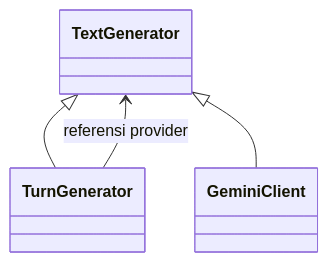
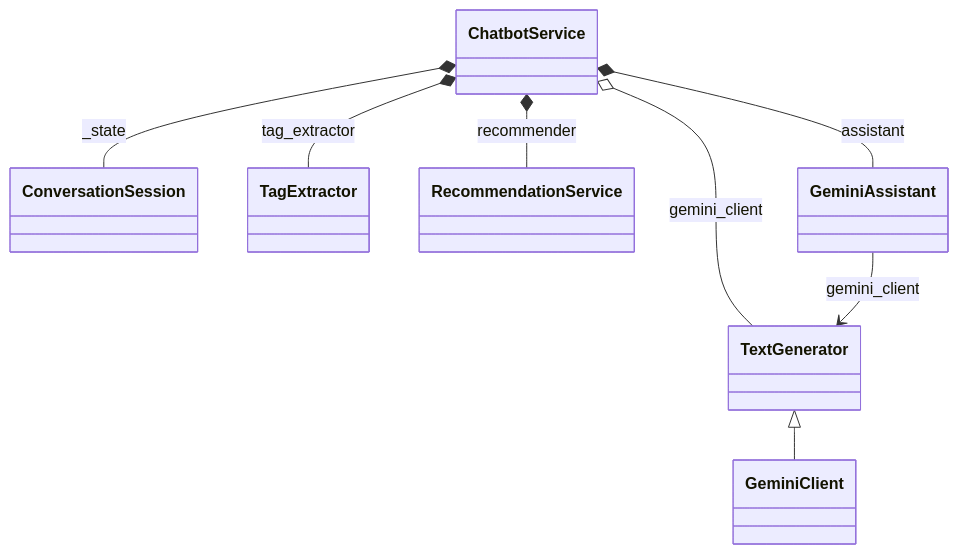
The diagram in docs/oop/9. Pendalaman Komposisi.md (Cordova88/pemesanan-makanan-digital), drawn with Mermaid before and after one commit. The commit also changed other lines of this file and 10 other files, not shown here.

````diff
--- a/docs/oop/9. Pendalaman Komposisi.md
+++ b/docs/oop/9. Pendalaman Komposisi.md
@@ -30,6 +43,10 @@
 ```mermaid
 classDiagram
-    TextGenerator <|-- TurnGenerator
     TextGenerator <|-- GeminiClient
-    TurnGenerator --> TextGenerator : referensi provider
+    ChatbotService *-- ConversationSession : _state
+    ChatbotService *-- TagExtractor : tag_extractor
+    ChatbotService *-- RecommendationService : recommender
+    ChatbotService o-- TextGenerator : gemini_client
+    ChatbotService *-- GeminiAssistant : assistant
+    GeminiAssistant --> TextGenerator : gemini_client
 ```
````
